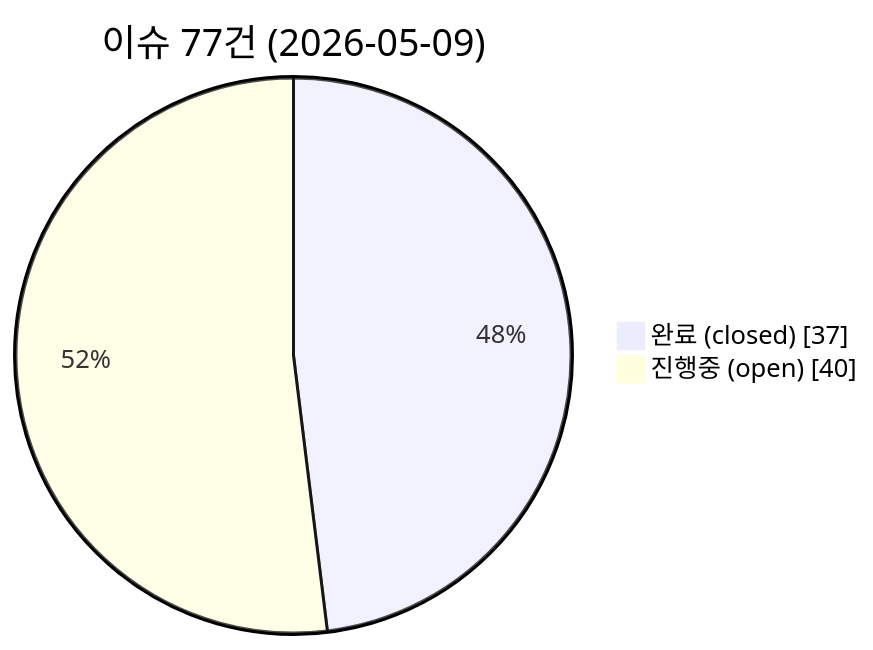
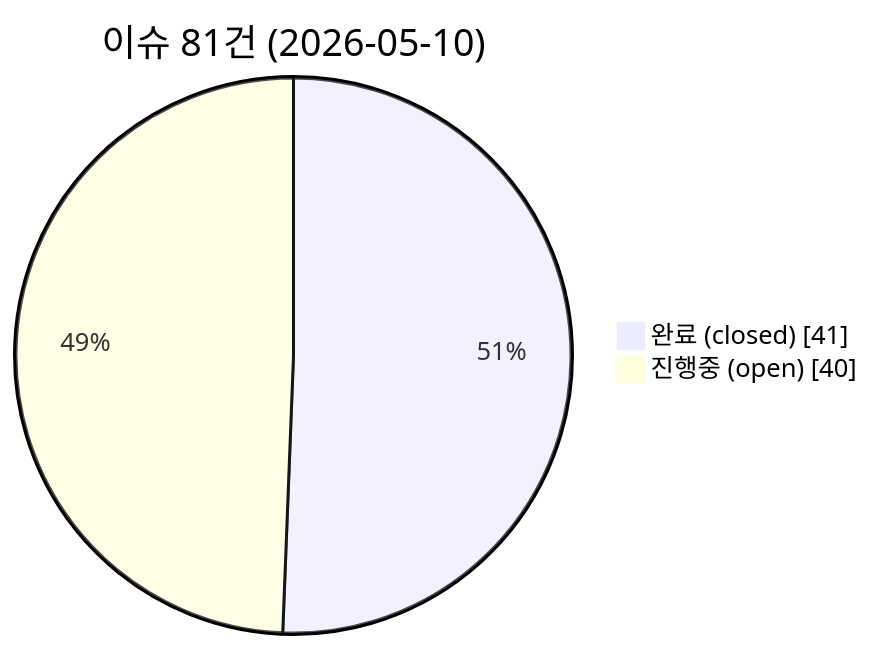
One commit to holee9/MD-process changed the first of 4 diagrams in README.md. Above: the diagram before and after it, drawn with Mermaid. The commit also changed other lines of this file, not shown here.

````diff
--- a/README.md
+++ b/README.md
@@ -88,6 +89,6 @@
 ```mermaid
 pie showData
-    title 이슈 77건 (2026-05-09)
-    "완료 (closed)" : 37
+    title 이슈 81건 (2026-05-10)
+    "완료 (closed)" : 41
     "진행중 (open)" : 40
 ```
````
